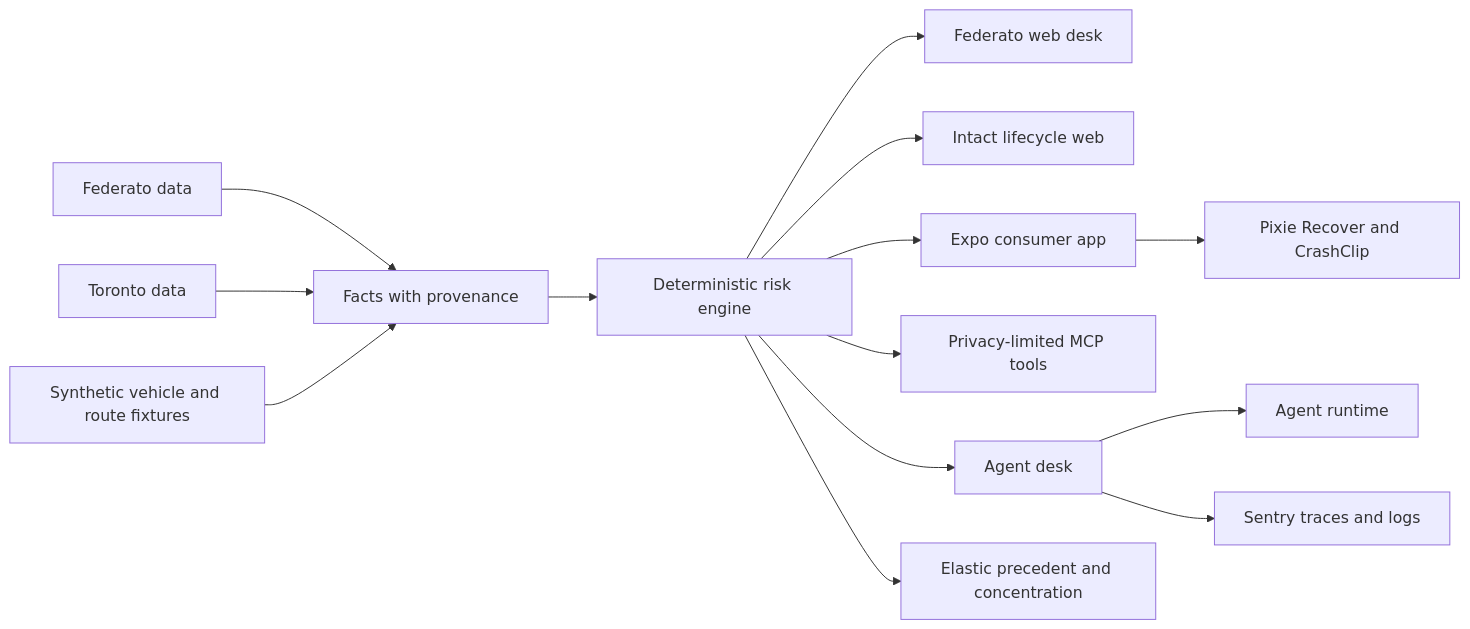
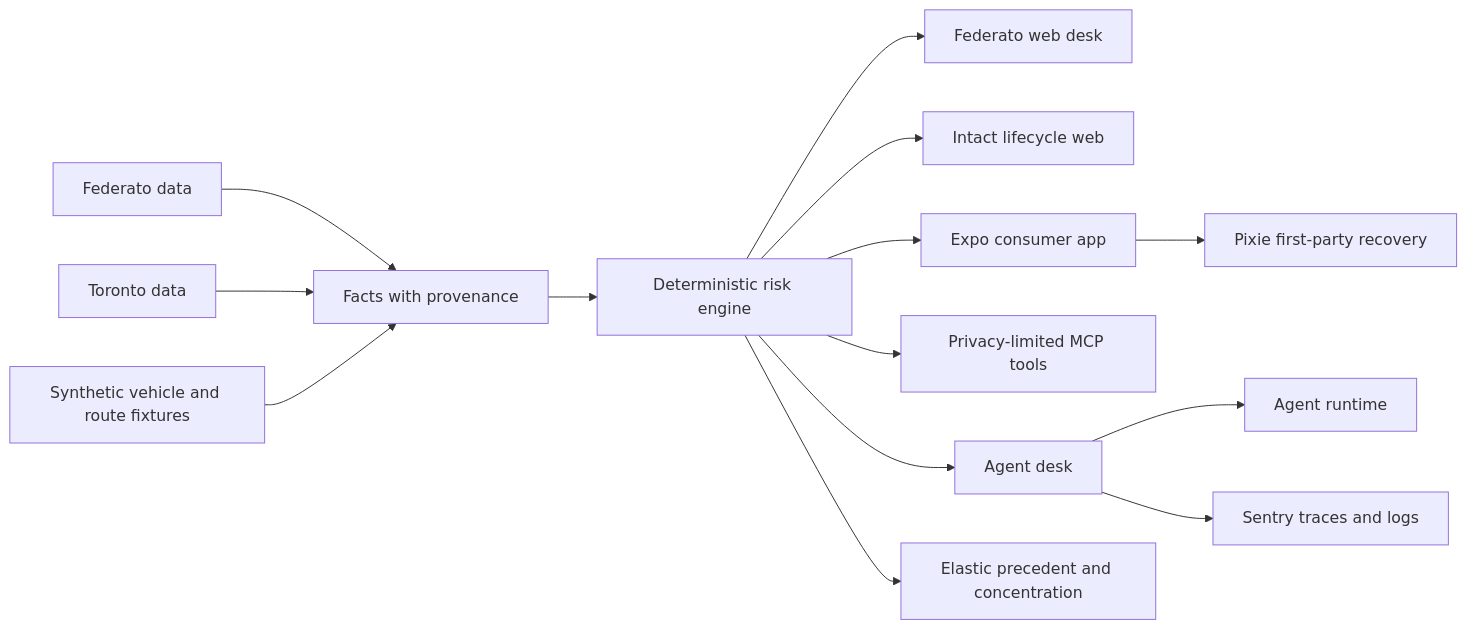
Before and after one commit to benz16107/pixie-htn2026: the diagram in docs/ARCHITECTURE.md, drawn with Mermaid. The commit also changed other lines of this file and 44 other files, not shown here.

````diff
--- a/docs/ARCHITECTURE.md
+++ b/docs/ARCHITECTURE.md
@@ -3,16 +3,16 @@
 ```mermaid
 flowchart LR
   FD[Federato data] --> F[Facts with provenance]
   TD[Toronto data] --> F
   SV[Synthetic vehicle and route fixtures] --> F
   F --> E[Deterministic risk engine]
   E --> W[Federato web desk]
   E --> I[Intact lifecycle web]
   E --> X[Expo consumer app]
   E --> M[Privacy-limited MCP tools]
-  X --> R[Pixie Recover and CrashClip]
+  X --> R[Pixie first-party recovery]
   E --> A[Agent desk]
   A --> O[Agent runtime]
   E --> ES[Elastic precedent and concentration]
   A --> S[Sentry traces and logs]
 ```
````
